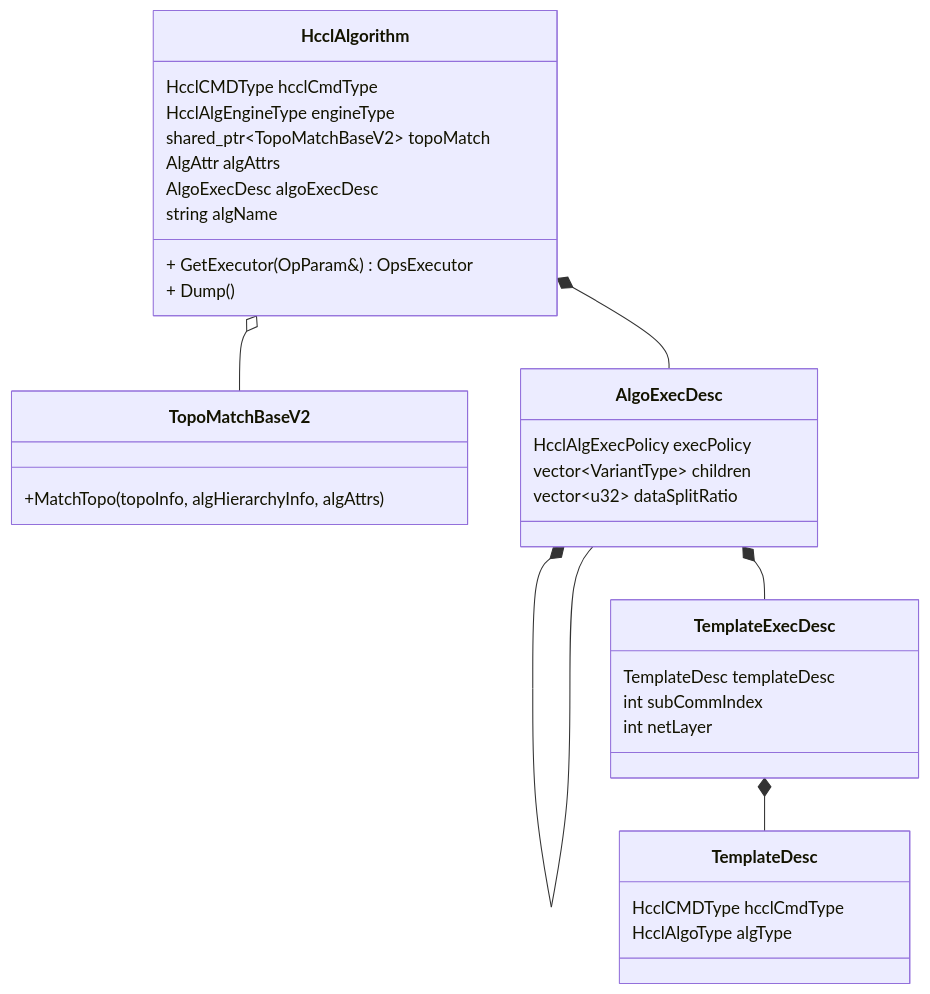
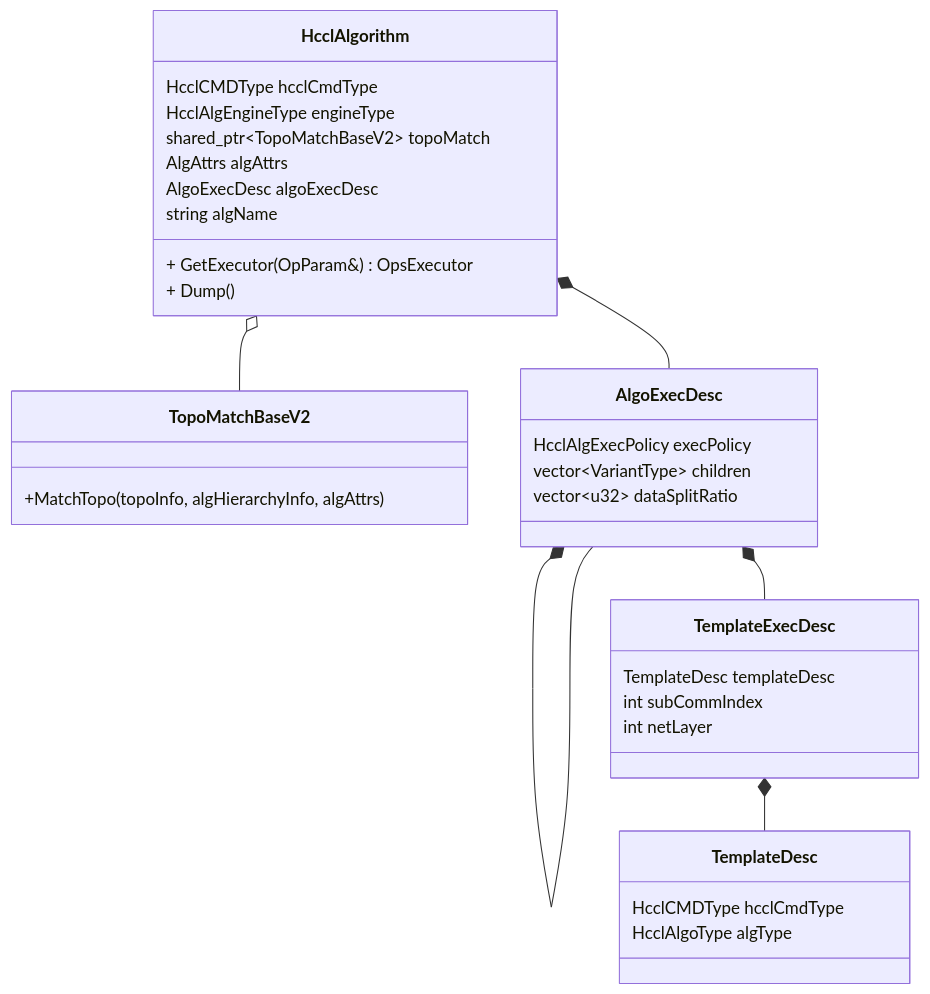
Before and after one commit to Fengfengst123/hccl-mirror: the third of 10 diagrams in docs/en/rfcs/0003-executor-template-refactor.md, drawn with Mermaid. The commit also changed other lines of this file and 20 other files, not shown here.

````diff
--- a/docs/en/rfcs/0003-executor-template-refactor.md
+++ b/docs/en/rfcs/0003-executor-template-refactor.md
@@ -279,35 +279,35 @@
 ```mermaid
 classDiagram
     class HcclAlgorithm {
         HcclCMDType hcclCmdType
         HcclAlgEngineType engineType
         shared_ptr~TopoMatchBaseV2~ topoMatch
-        AlgAttr algAttrs
+        AlgAttrs algAttrs
         AlgoExecDesc algoExecDesc
         string algName
         + GetExecutor(OpParam&) OpsExecutor
         + Dump()
     }
     class TopoMatchBaseV2 {
         +MatchTopo(topoInfo, algHierarchyInfo, algAttrs)
     }
     class AlgoExecDesc {
         HcclAlgExecPolicy execPolicy
         vector~VariantType~ children
         vector~u32~ dataSplitRatio
     }
     class TemplateExecDesc {
         TemplateDesc templateDesc
         int subCommIndex
         int netLayer
     }
     class TemplateDesc {
         HcclCMDType hcclCmdType
         HcclAlgoType algType
     }
     HcclAlgorithm *-- AlgoExecDesc
     HcclAlgorithm o-- TopoMatchBaseV2
     AlgoExecDesc *-- AlgoExecDesc
     AlgoExecDesc *-- TemplateExecDesc
     TemplateExecDesc *-- TemplateDesc
 ```
````
